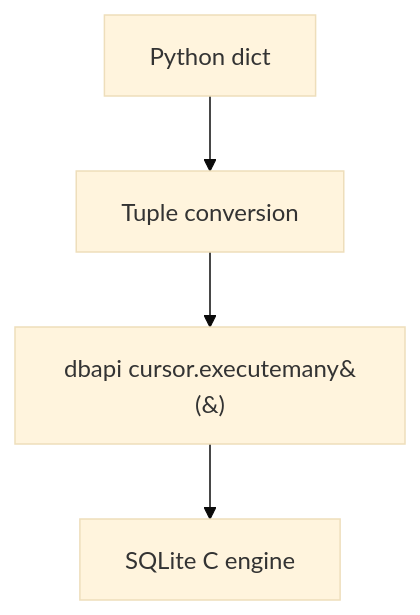
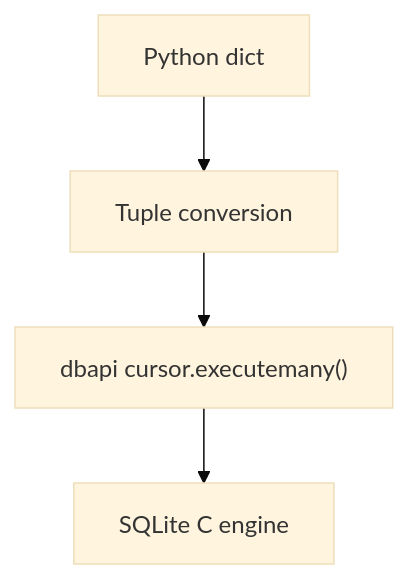
One commit to TanayK07/sqlite-orm-bench changed the second of 4 diagrams in ARTICLE.md. Above: the diagram before and after it, drawn with Mermaid (base theme). The commit also changed other lines of this file, not shown here.

First line of the commit message:
docs: fix mermaid rendering, drop color fills

````diff
--- a/ARTICLE.md
+++ b/ARTICLE.md
@@ -241,6 +234,6 @@
 ```mermaid
 flowchart TD
-    A[Python dict] --> K[Tuple conversion]
-    K --> I[dbapi cursor.executemany&#40;&#41;]
-    I --> J[SQLite C engine]
+    A["Python dict"] --> K["Tuple conversion"]
+    K --> I["dbapi cursor.executemany()"]
+    I --> J["SQLite C engine"]
 ```
````
